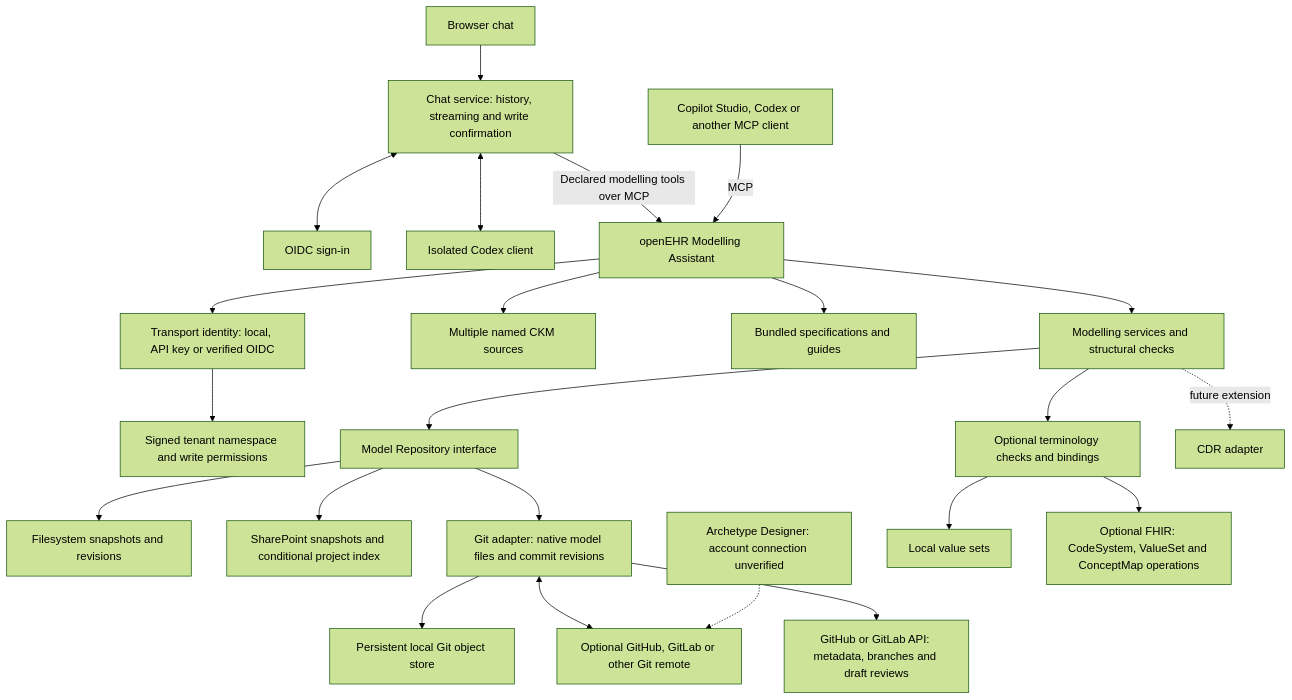
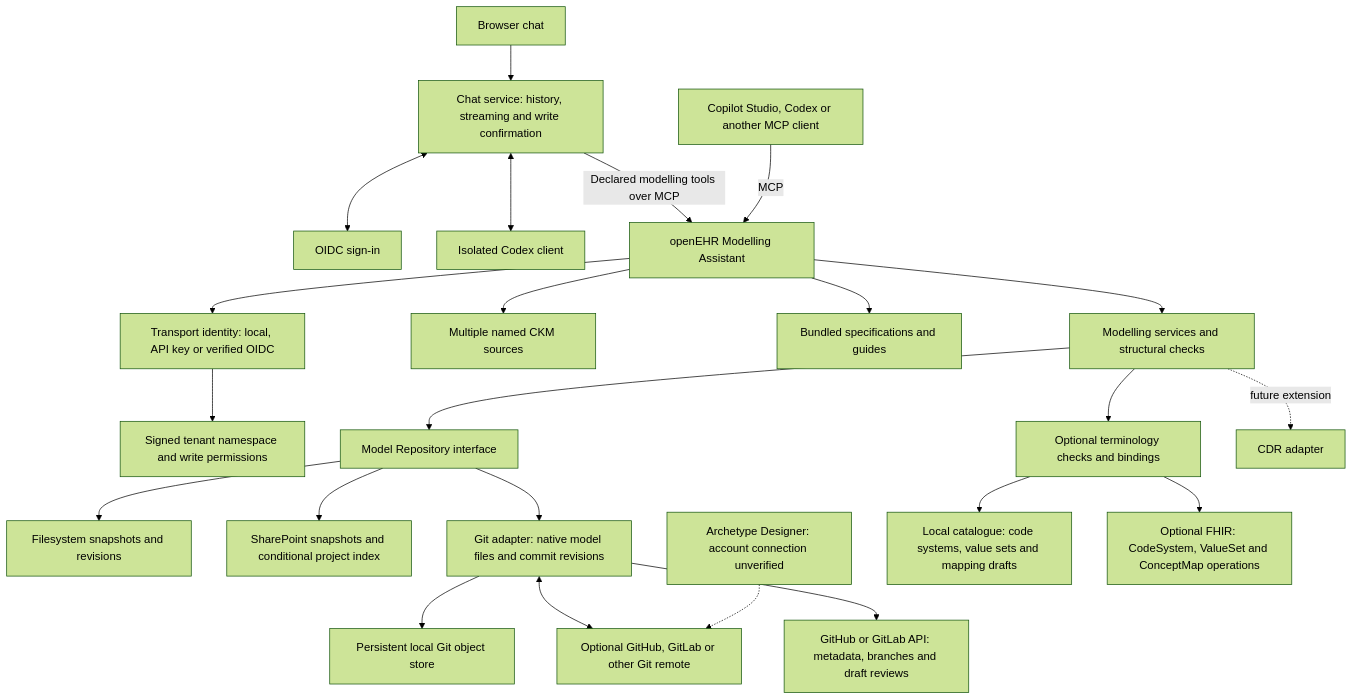
Before and after one commit to CzarMich/openehr-modelling-assistant: the first of 2 diagrams in README.md, drawn with Mermaid (forest theme). The commit also changed other lines of this file and 43 other files, not shown here.

````diff
--- a/README.md
+++ b/README.md
@@ -86,25 +86,25 @@
 ```mermaid
 flowchart TD
     U[Browser chat] --> W[Chat service: history, streaming and write confirmation]
     W <--> I[OIDC sign-in]
     W <--> AIC[Isolated Codex client]
     W -->|Declared modelling tools over MCP| S[openEHR Modelling Assistant]
     M[Copilot Studio, Codex or another MCP client] -->|MCP| S[openEHR Modelling Assistant]
     S --> ID[Transport identity: local, API key or verified OIDC]
     ID --> TEN[Signed tenant namespace and write permissions]
     S --> K[Multiple named CKM sources]
     S --> B[Bundled specifications and guides]
     S --> D[Modelling services and structural checks]
     D --> R[Model Repository interface]
     R --> F[Filesystem snapshots and revisions]
     R --> SP[SharePoint snapshots and conditional project index]
     R --> G[Git adapter: native model files and commit revisions]
     G --> O[Persistent local Git object store]
     G <--> H[Optional GitHub, GitLab or other Git remote]
     G --> HP[GitHub or GitLab API: metadata, branches and draft reviews]
     A[Archetype Designer: account connection unverified] -.-> H
     D --> T[Optional terminology checks and bindings]
-    T --> L[Local value sets]
+    T --> L[Local catalogue: code systems, value sets and mapping drafts]
     T --> E[Optional FHIR: CodeSystem, ValueSet and ConceptMap operations]
     D -. future extension .-> C[CDR adapter]
 ```
````
